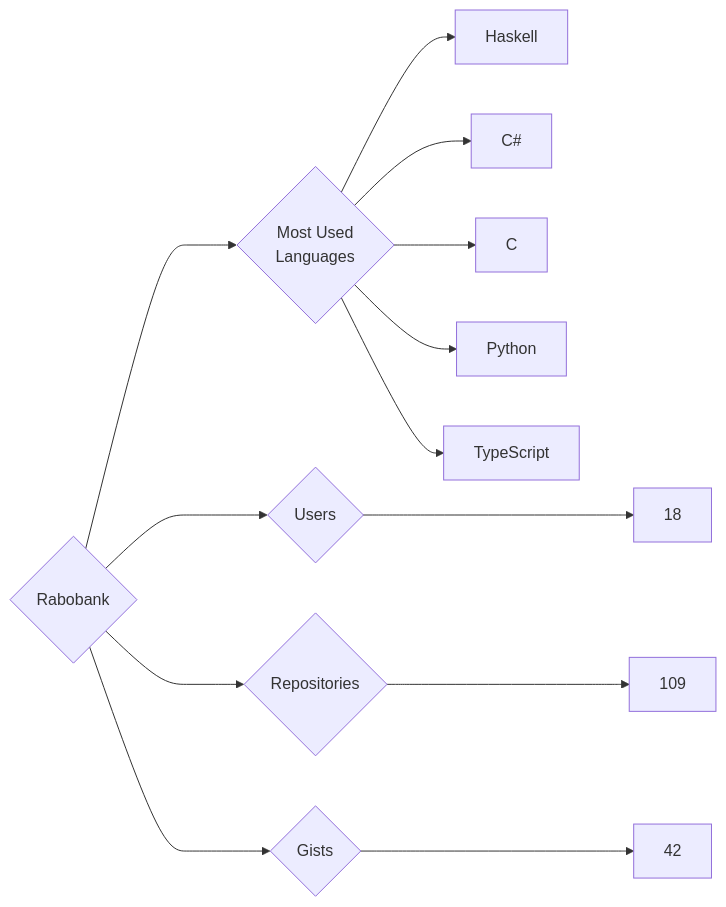
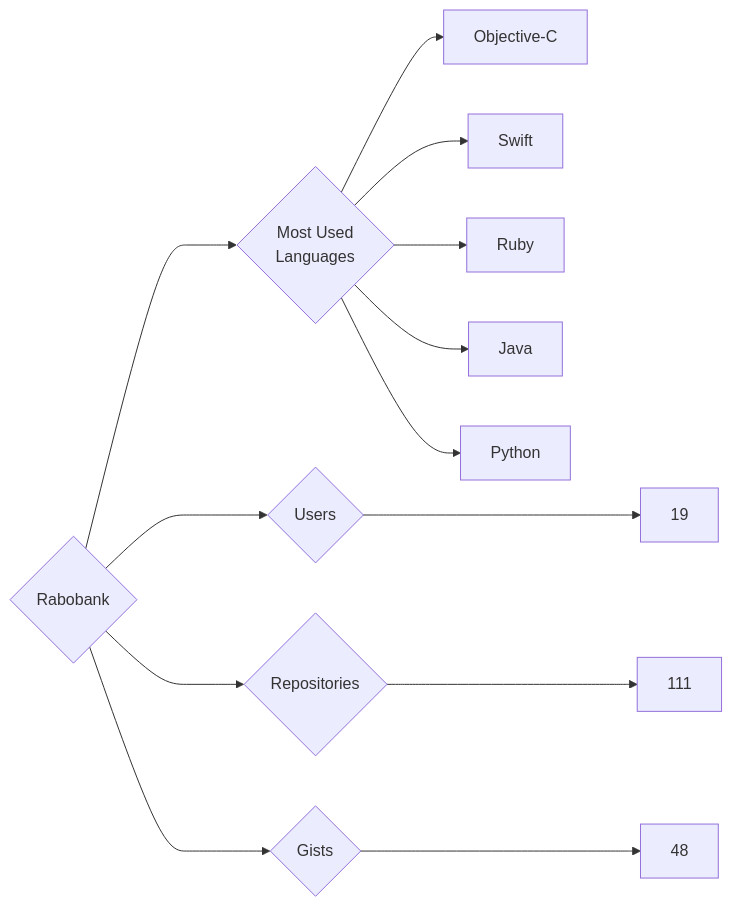
One commit to trickest/insiders changed the diagram in targets/Rabobank/README.md. Above: the diagram before and after it, drawn with Mermaid. The commit also changed 814 other files, not shown here.

````diff
--- a/targets/Rabobank/README.md
+++ b/targets/Rabobank/README.md
@@ -3,13 +3,13 @@
 ```mermaid
 graph LR
 COMPANY_NAME{Rabobank}
-COMPANY_NAME ---> U{Users} ---> UN[18]
-COMPANY_NAME ---> R{Repositories} ---> RN[109]
-COMPANY_NAME ---> G{Gists} ---> GN[42]
+COMPANY_NAME ---> U{Users} ---> UN[19]
+COMPANY_NAME ---> R{Repositories} ---> RN[111]
+COMPANY_NAME ---> G{Gists} ---> GN[48]
 COMPANY_NAME ---> ML{Most Used<br>Languages}
-ML --> Haskell[Haskell]
-ML --> C#[C#]
-ML --> C[C]
+ML --> Objective-C[Objective-C]
+ML --> Swift[Swift]
+ML --> Ruby[Ruby]
+ML --> Java[Java]
 ML --> Python[Python]
-ML --> TypeScript[TypeScript]
 ```
````
